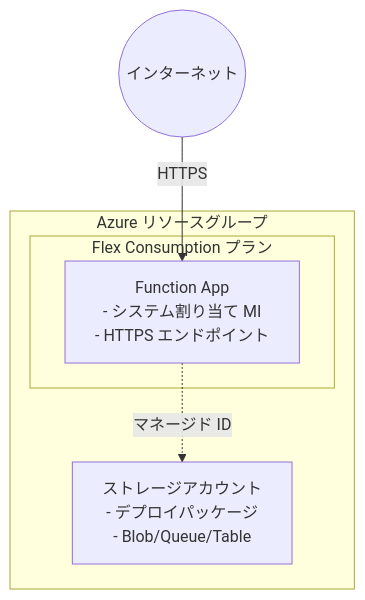
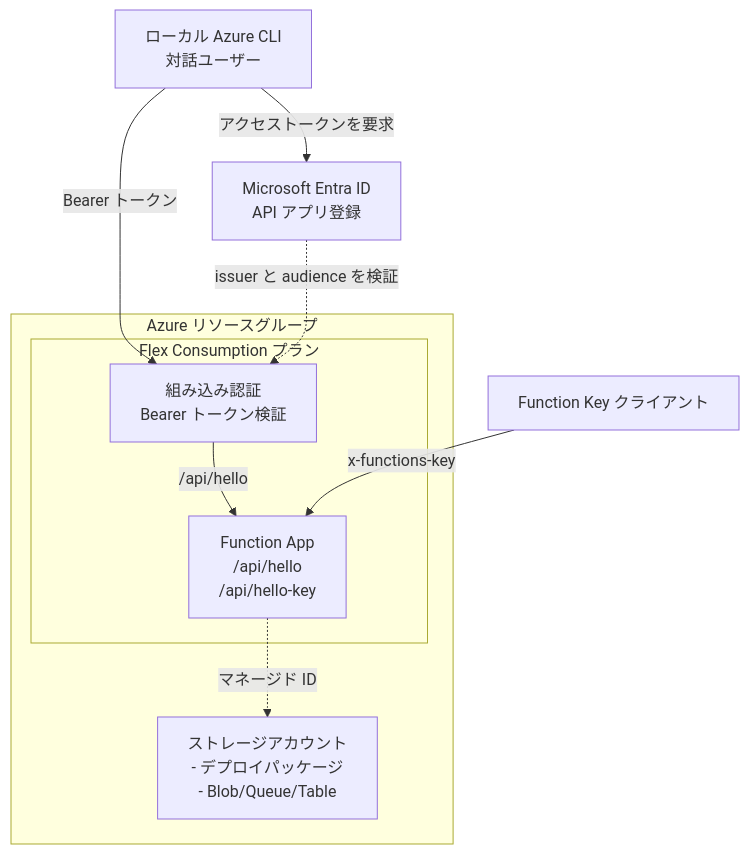
One commit to ks6088ts/template-terraform changed the diagram in infra/scenarios/azure_functions_flex_consumption/README.ja.md. Above: the diagram before and after it, drawn with Mermaid. The commit also changed other lines of this file and 9 other files, not shown here.

First line of the commit message:
feat: Add Microsoft Entra ID authentication to Azure Functions Flex Consumption scenario

````diff
--- a/infra/scenarios/azure_functions_flex_consumption/README.ja.md
+++ b/infra/scenarios/azure_functions_flex_consumption/README.ja.md
@@ -29,14 +39,21 @@
 ```mermaid
 flowchart TB
-    Internet((インターネット))
+  CLI["ローカル Azure CLI<br/>対話ユーザー"]
+  KeyClient["Function Key クライアント"]
+  Entra["Microsoft Entra ID<br/>API アプリ登録"]
 
     subgraph Azure["Azure リソースグループ"]
         subgraph FlexConsumption["Flex Consumption プラン"]
-            FA["Function App<br/>- システム割り当て MI<br/>- HTTPS エンドポイント"]
+      EasyAuth["組み込み認証<br/>Bearer トークン検証"]
+      FA["Function App<br/>/api/hello<br/>/api/hello-key"]
         end
         ST["ストレージアカウント<br/>- デプロイパッケージ<br/>- Blob/Queue/Table"]
     end
 
-    Internet -->|HTTPS| FA
+  CLI -->|アクセストークンを要求| Entra
+  CLI -->|Bearer トークン| EasyAuth
+  Entra -.->|issuer と audience を検証| EasyAuth
+  EasyAuth -->|/api/hello| FA
+  KeyClient -->|x-functions-key| FA
     FA -.->|マネージド ID| ST
 ```
````
